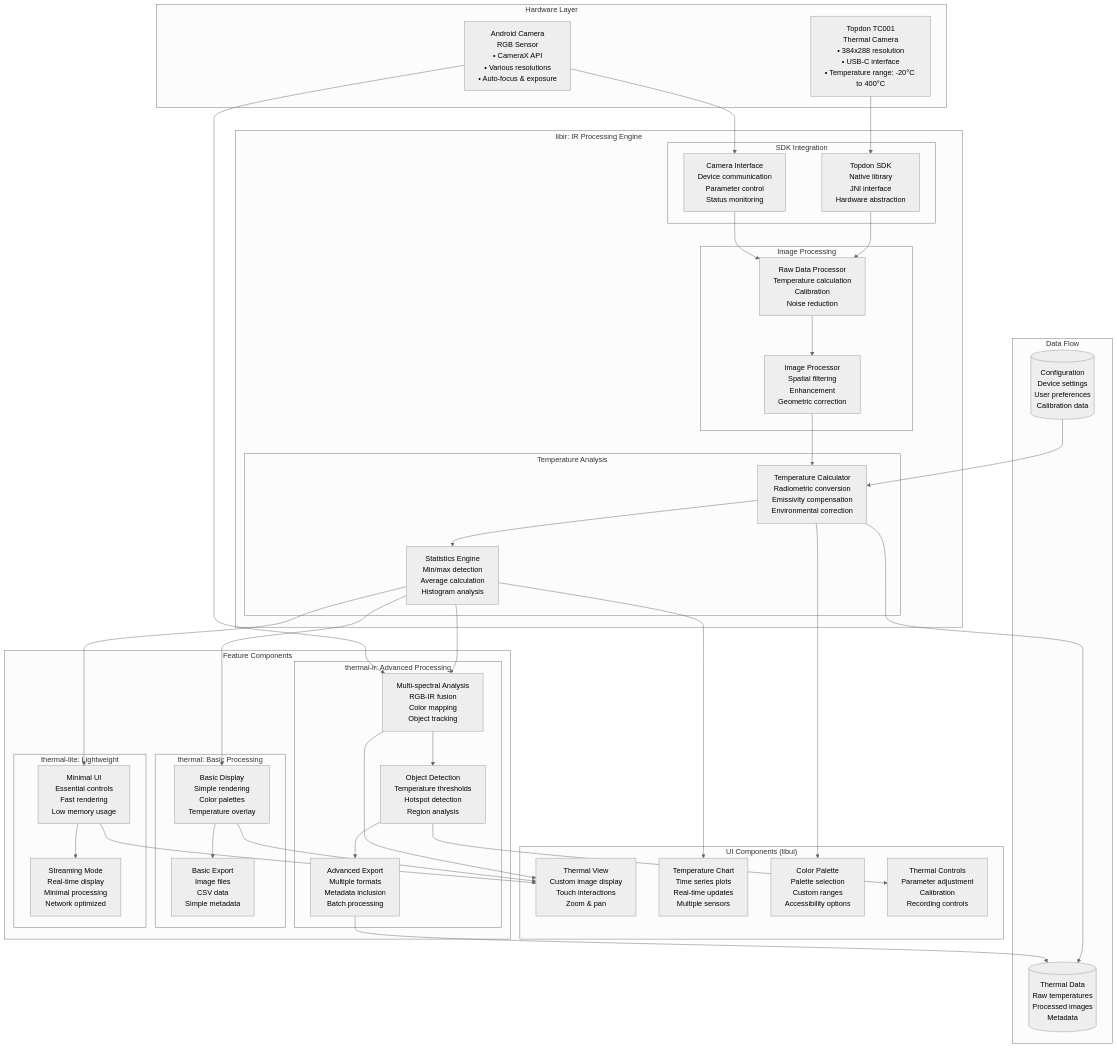
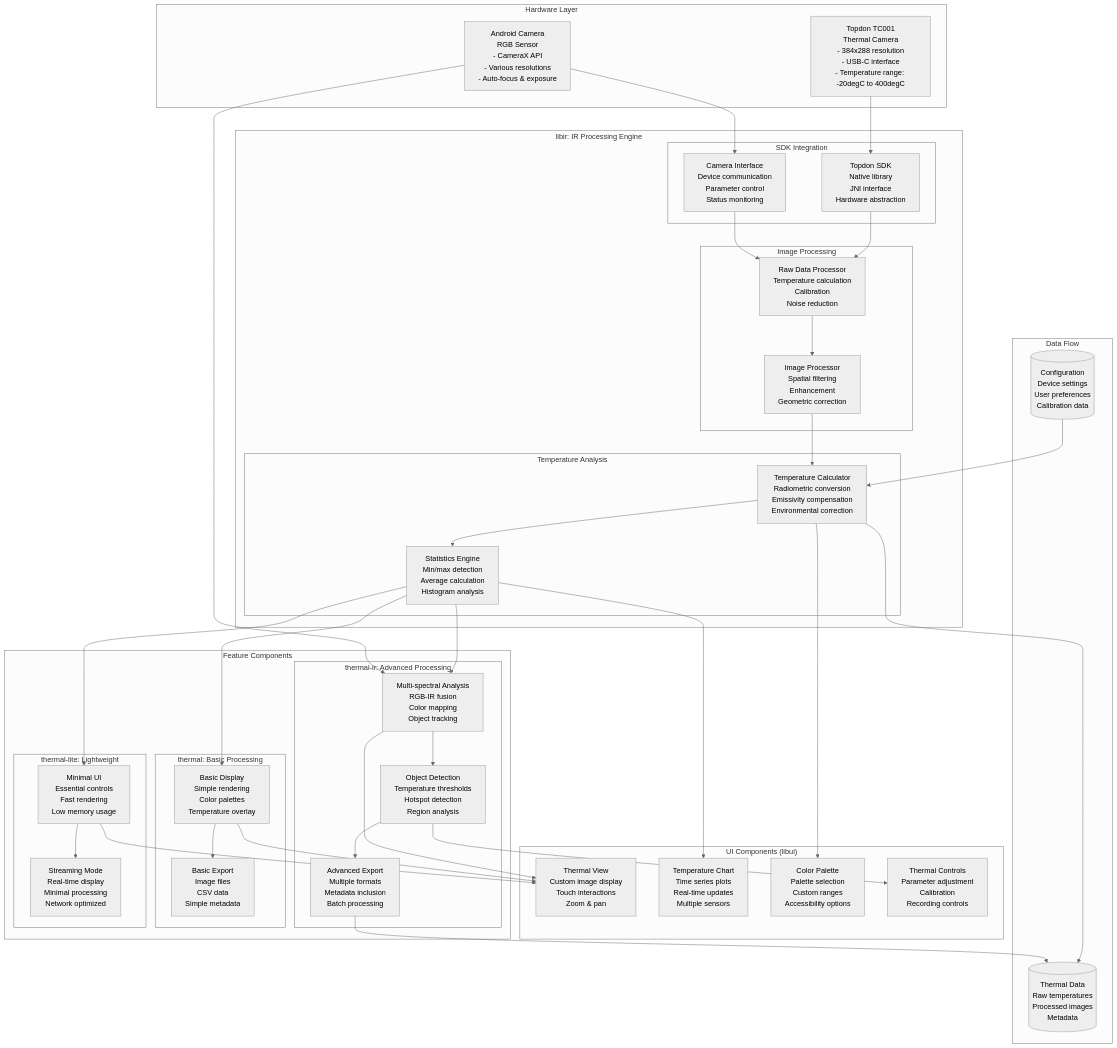
Before and after one commit to uclgsr/IRCamera: the fifth of 23 diagrams in docs/COMPREHENSIVE_ARCHITECTURE_DIAGRAMS.md, drawn with Mermaid (neutral theme). The commit also changed other lines of this file and 1 other file, not shown here.

````diff
--- a/docs/COMPREHENSIVE_ARCHITECTURE_DIAGRAMS.md
+++ b/docs/COMPREHENSIVE_ARCHITECTURE_DIAGRAMS.md
@@ -532,9 +532,9 @@
 ```mermaid
 graph TB
     subgraph "Hardware Layer"
-        TopdonTC001[Topdon TC001<br/>Thermal Camera<br/>• 384x288 resolution<br/>• USB-C interface<br/>• Temperature range: -20°C to 400°C]
+        TopdonTC001[Topdon TC001<br/>Thermal Camera<br/>- 384x288 resolution<br/>- USB-C interface<br/>- Temperature range: -20degC to 400degC]
         
-        AndroidCamera[Android Camera<br/>RGB Sensor<br/>• CameraX API<br/>• Various resolutions<br/>• Auto-focus & exposure]
+        AndroidCamera[Android Camera<br/>RGB Sensor<br/>- CameraX API<br/>- Various resolutions<br/>- Auto-focus & exposure]
     end
     
     subgraph "libir: IR Processing Engine"
````
